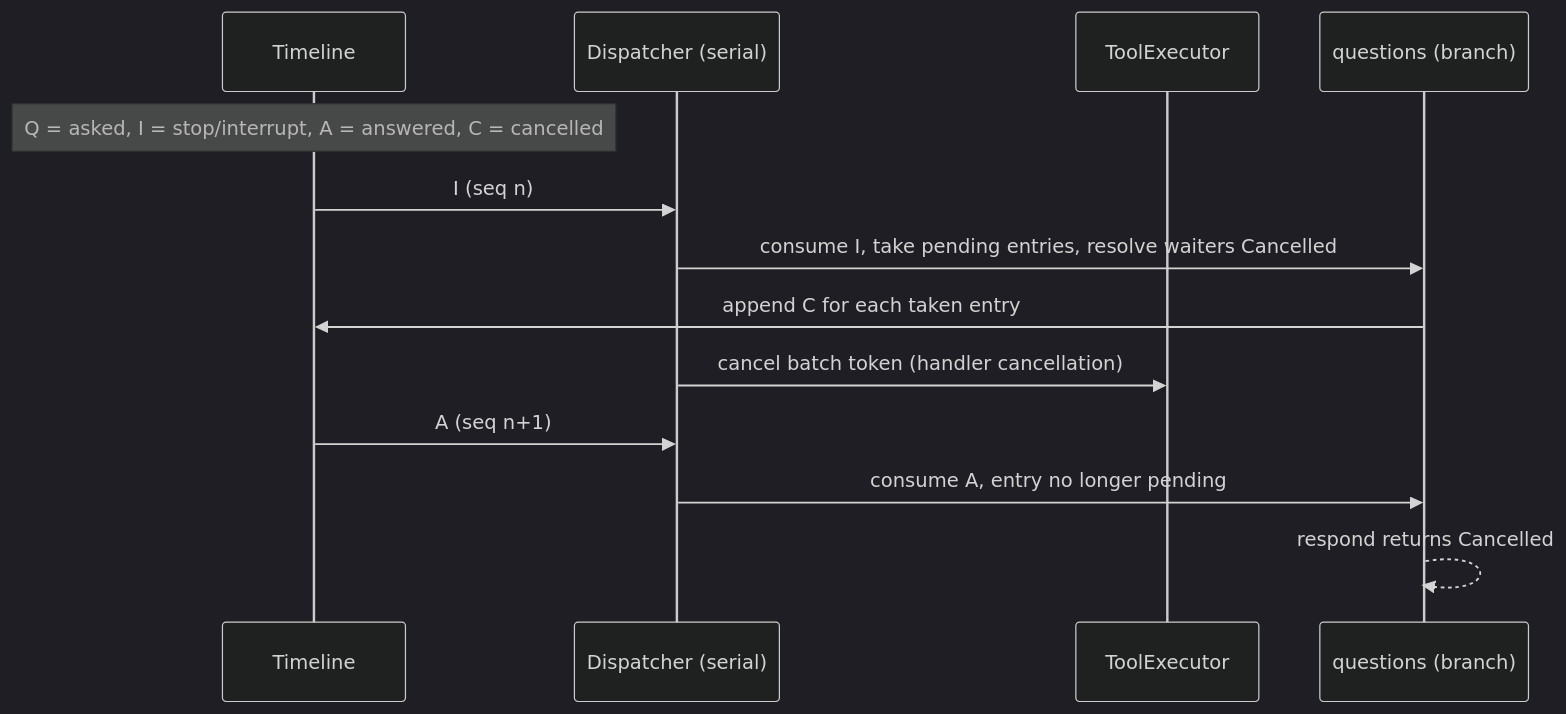
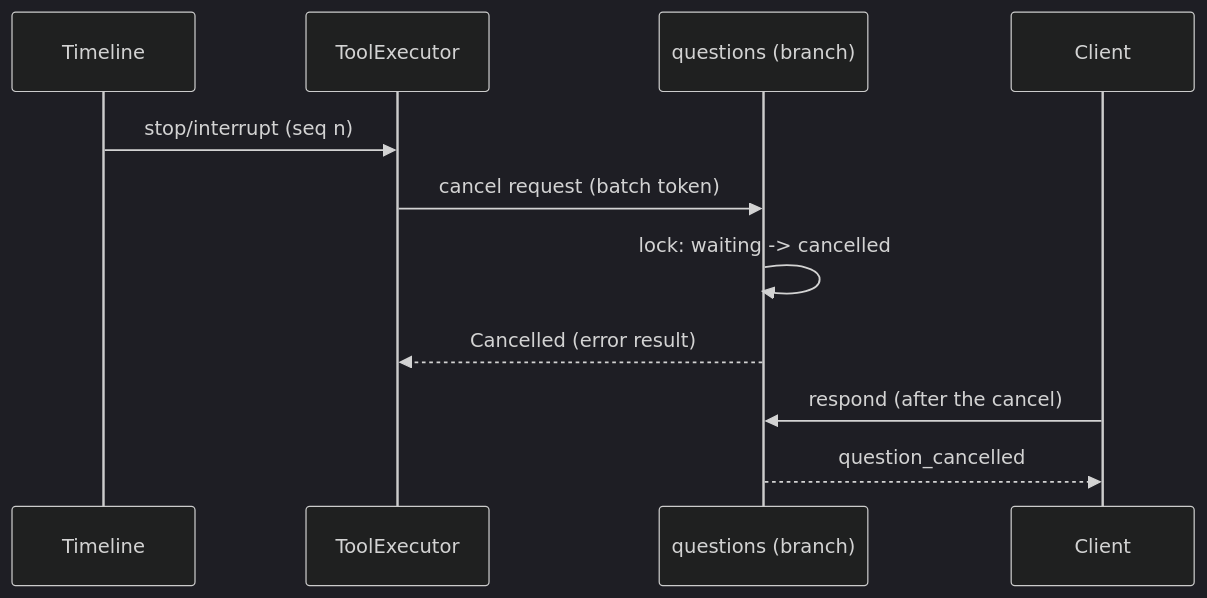
The fourth of 4 diagrams in docs/design/plugins/Questions.md (CoutinhoTTS/dim-agent), drawn with Mermaid (dark theme) before and after one commit. The commit also changed other lines of this file and 13 other files, not shown here.

First line of the commit message:
docs(questions): redesign ask_user so the answer is the tool result

````diff
--- a/docs/design/plugins/Questions.md
+++ b/docs/design/plugins/Questions.md
@@ -142,15 +131,13 @@
 ```mermaid
 sequenceDiagram
   participant TL as Timeline
-  participant D as Dispatcher (serial)
   participant TE as ToolExecutor
-  participant Q as questions (branch)
-  Note over TL: Q = asked, I = stop/interrupt, A = answered, C = cancelled
-  TL->>D: I (seq n)
-  D->>Q: consume I, take pending entries, resolve waiters Cancelled
-  Q->>TL: append C for each taken entry
-  D->>TE: cancel batch token (handler cancellation)
-  TL->>D: A (seq n+1)
-  D->>Q: consume A, entry no longer pending
-  Q-->>Q: respond returns Cancelled
+  participant QB as questions (branch)
+  participant C as Client
+  TL->>TE: stop/interrupt (seq n)
+  TE->>QB: cancel request (batch token)
+  QB->>QB: lock: waiting -> cancelled
+  QB-->>TE: Cancelled (error result)
+  C->>QB: respond (after the cancel)
+  QB-->>C: question_cancelled
 ```
````
